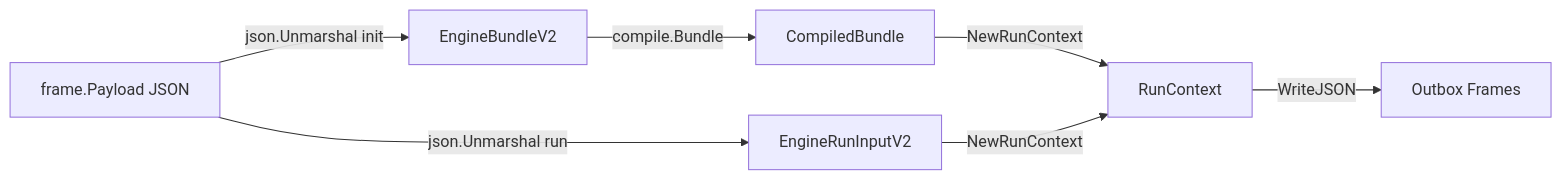
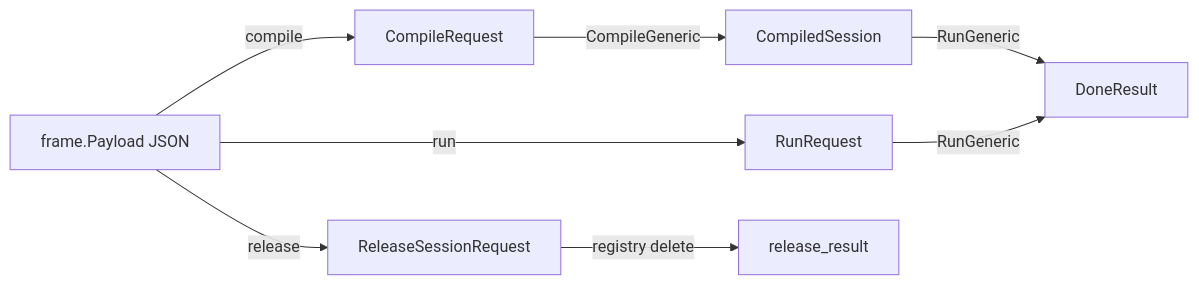
The third of 4 diagrams in wasm/tinygo_engine_v2/ARCHITECTURE.md (JeanbartBiubiu/damage_viewer_project_planning), drawn with Mermaid before and after one commit. The commit also changed other lines of this file and 64 other files, not shown here.

````diff
--- a/wasm/tinygo_engine_v2/ARCHITECTURE.md
+++ b/wasm/tinygo_engine_v2/ARCHITECTURE.md
@@ -98,16 +75,18 @@
 ```mermaid
 graph LR
     A["frame.Payload JSON"]
-    B["EngineBundleV2"]
-    C["CompiledBundle"]
-    D["EngineRunInputV2"]
-    E["RunContext"]
-    F["Outbox Frames"]
+    B["CompileRequest"]
+    C["CompiledSession"]
+    D["RunRequest"]
+    E["DoneResult"]
+    F["ReleaseSessionRequest"]
+    G["release_result"]
 
-    A -->|json.Unmarshal init| B
-    B -->|compile.Bundle| C
-    A -->|json.Unmarshal run| D
-    C -->|NewRunContext| E
-    D -->|NewRunContext| E
-    E -->|WriteJSON| F
+    A -->|compile| B
+    B -->|CompileGeneric| C
+    A -->|run| D
+    C -->|RunGeneric| E
+    D -->|RunGeneric| E
+    A -->|release| F
+    F -->|registry delete| G
 ```
````
